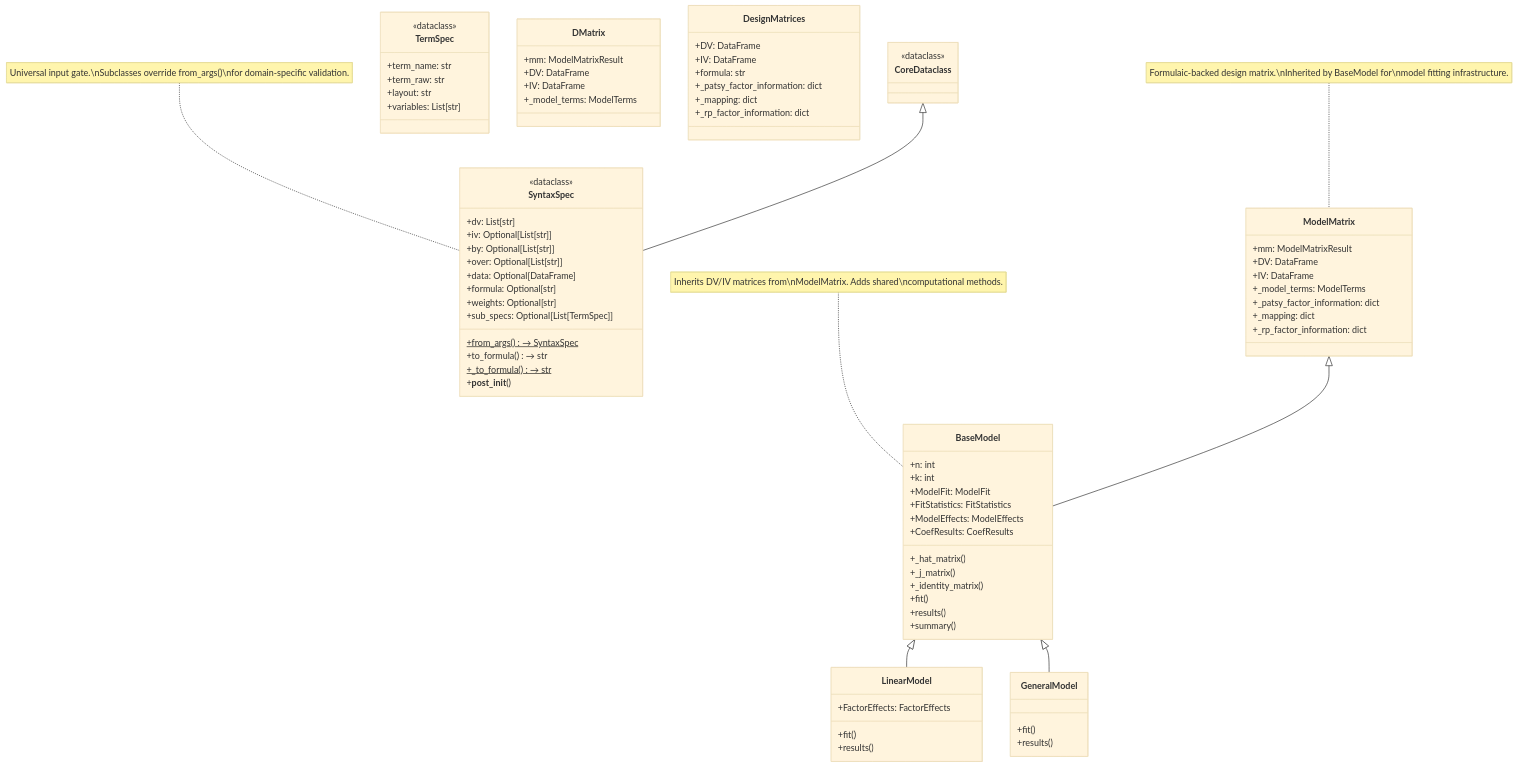
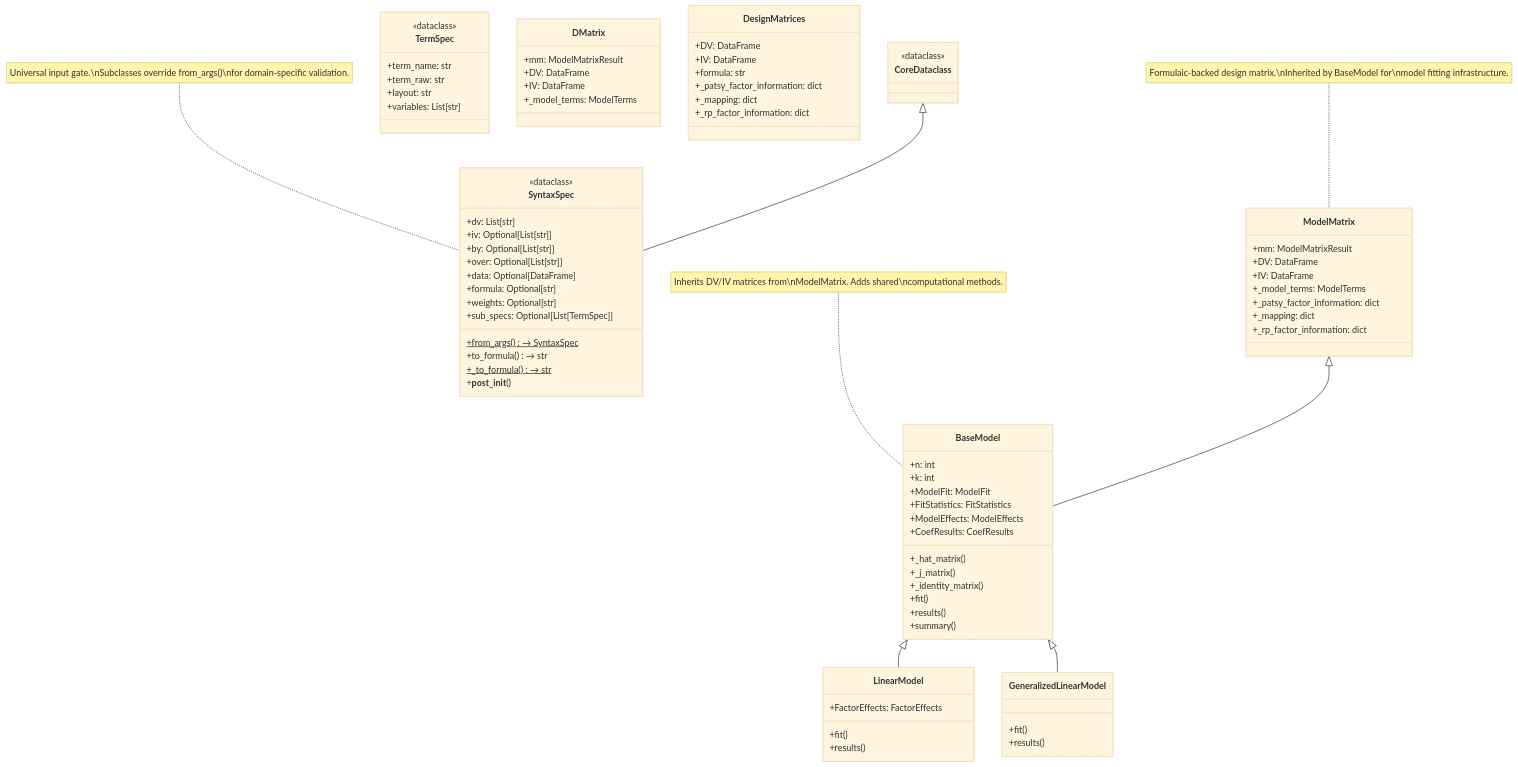
The first of 3 diagrams in docs/architecture-engines.md (Corey-Bryant/researchpy), drawn with Mermaid (base theme) before and after one commit. The commit also changed other lines of this file and 33 other files, not shown here.

```diff
--- a/docs/architecture-engines.md
+++ b/docs/architecture-engines.md
@@ -79,7 +79,7 @@
         +results()
     }
 
-    class GeneralModel {
+    class GeneralizedLinearModel {
         +fit()
         +results()
     }
@@ -87,7 +87,7 @@
     CoreDataclass <|-- SyntaxSpec
     ModelMatrix <|-- BaseModel
     BaseModel <|-- LinearModel
-    BaseModel <|-- GeneralModel
+    BaseModel <|-- GeneralizedLinearModel
 
     note for SyntaxSpec "Universal input gate.\nSubclasses override from_args()\nfor domain-specific validation."
     note for ModelMatrix "Formulaic-backed design matrix.\nInherited by BaseModel for\nmodel fitting infrastructure."
```
